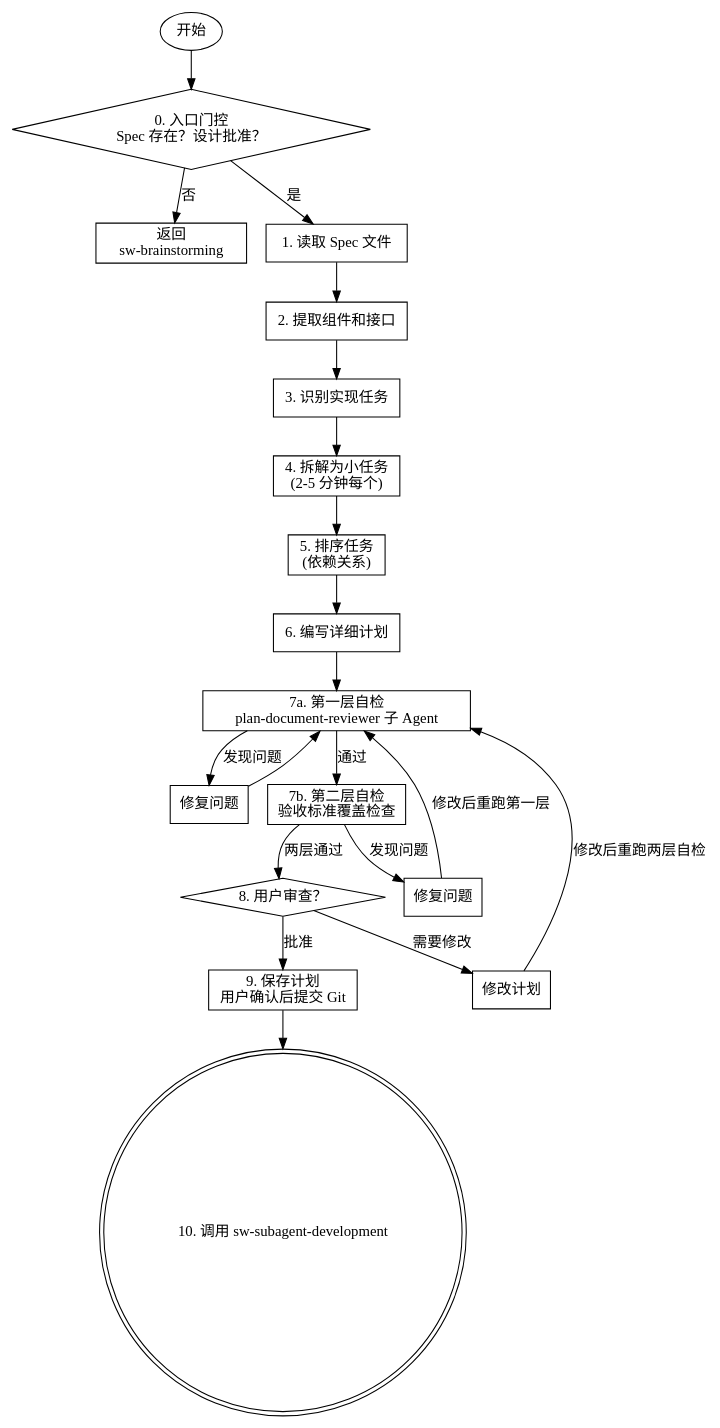
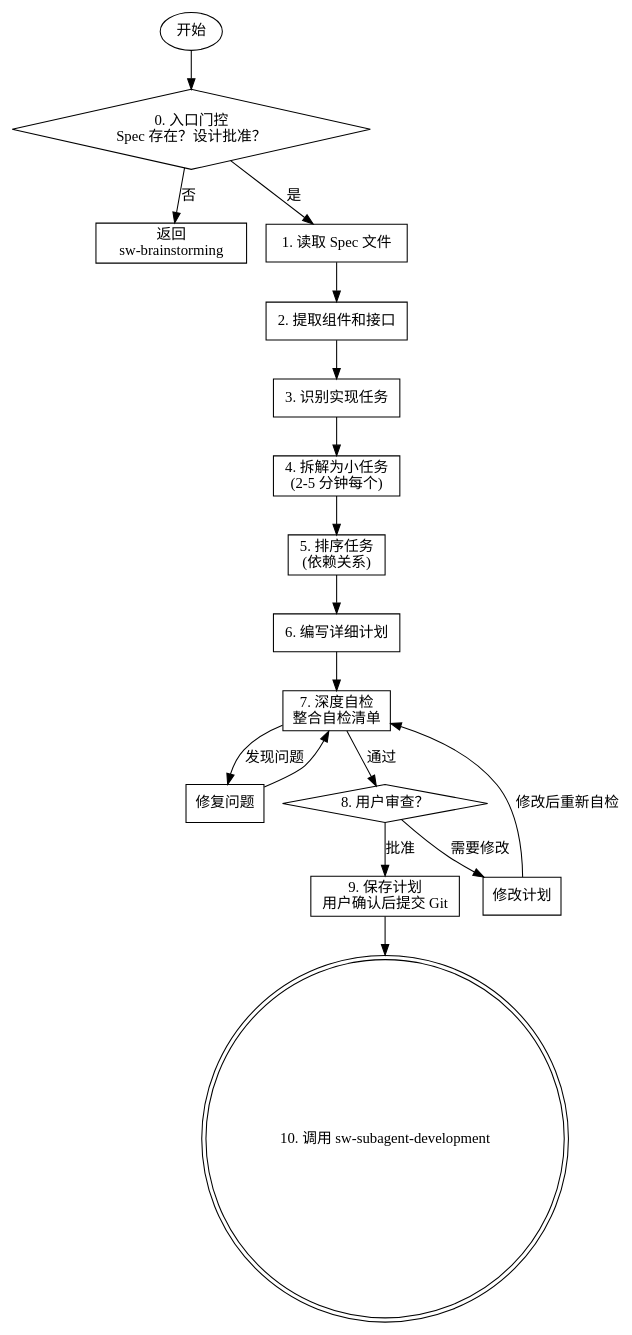
One commit to vaycentsun/sw-superpower changed the second of 2 diagrams in sw-writing-specs/SKILL.md. Above: the diagram before and after it, drawn with Graphviz. The commit also changed other lines of this file, not shown here.

````diff
--- a/sw-writing-specs/SKILL.md
+++ b/sw-writing-specs/SKILL.md
@@ -62,43 +61,38 @@
 ```dot
 digraph process {
   rankdir=TB;
 
   start [label="开始", shape=ellipse];
   gate [label="0. 入口门控\nSpec 存在？设计批准？", shape=diamond];
   need_design [label="返回\nsw-brainstorming", shape=box];
   read_spec [label="1. 读取 Spec 文件", shape=box];
   extract_components [label="2. 提取组件和接口", shape=box];
   identify_tasks [label="3. 识别实现任务", shape=box];
   break_down [label="4. 拆解为小任务\n(2-5 分钟每个)", shape=box];
   order_tasks [label="5. 排序任务\n(依赖关系)", shape=box];
   write_plan [label="6. 编写详细计划", shape=box];
-  layer1_review [label="7a. 第一层自检\nplan-document-reviewer 子 Agent", shape=box];
-  layer1_fix [label="修复问题", shape=box];
-  layer2_review [label="7b. 第二层自检\n验收标准覆盖检查", shape=box];
-  layer2_fix [label="修复问题", shape=box];
+  self_review [label="7. 深度自检\n整合自检清单", shape=box];
+  self_fix [label="修复问题", shape=box];
   user_review [label="8. 用户审查？", shape=diamond];
   user_fix [label="修改计划", shape=box];
   save_plan [label="9. 保存计划\n用户确认后提交 Git", shape=box];
   invoke_subagent [label="10. 调用 sw-subagent-development", shape=doublecircle];
 
   start -> gate;
   gate -> need_design [label="否"];
   gate -> read_spec [label="是"];
   read_spec -> extract_components;
   extract_components -> identify_tasks;
   identify_tasks -> break_down;
   break_down -> order_tasks;
   order_tasks -> write_plan;
-  write_plan -> layer1_review;
-  layer1_review -> layer1_fix [label="发现问题"];
-  layer1_fix -> layer1_review;
-  layer1_review -> layer2_review [label="通过"];
-  layer2_review -> layer2_fix [label="发现问题"];
-  layer2_fix -> layer1_review [label="修改后重跑第一层"];
-  layer2_review -> user_review [label="两层通过"];
+  write_plan -> self_review;
+  self_review -> self_fix [label="发现问题"];
+  self_fix -> self_review;
+  self_review -> user_review [label="通过"];
   user_review -> user_fix [label="需要修改"];
-  user_fix -> layer1_review [label="修改后重跑两层自检"];
+  user_fix -> self_review [label="修改后重新自检"];
   user_review -> save_plan [label="批准"];
   save_plan -> invoke_subagent;
 }
 ```
````
